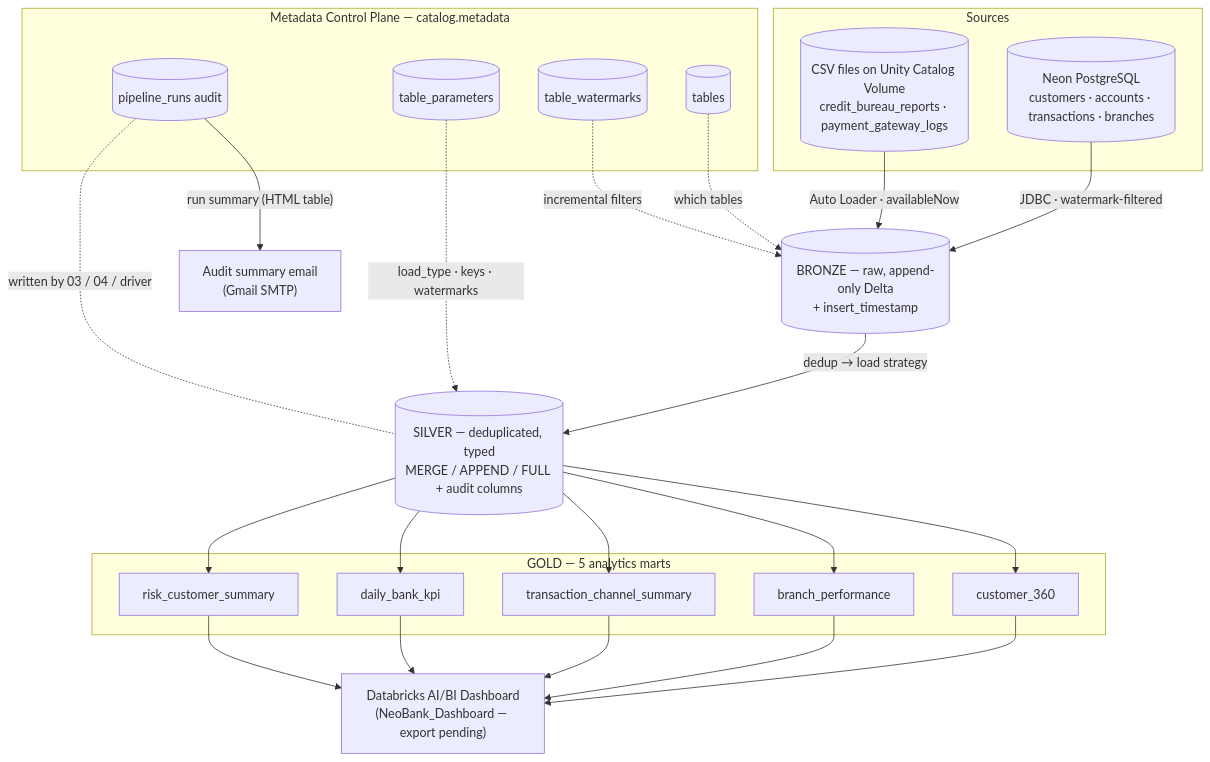
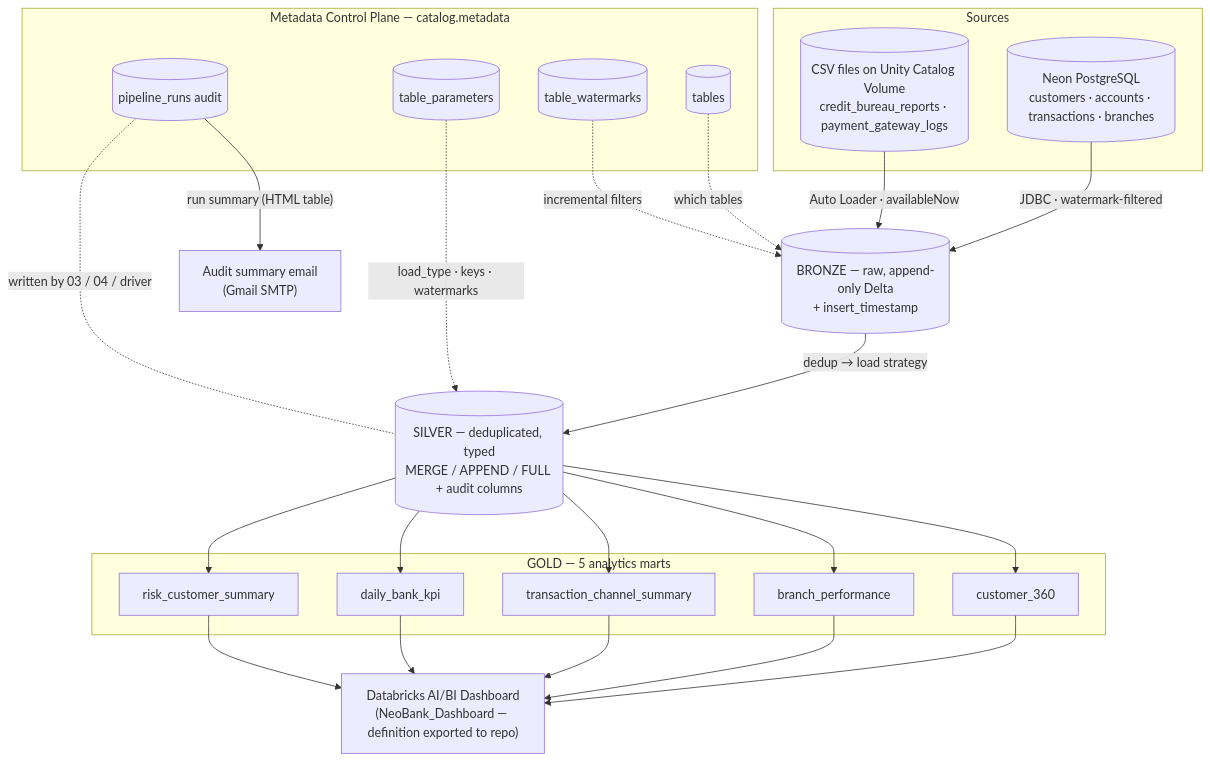
One commit to SahilSankeshwari/NeoBank-Data-Engineering-Project changed the first of 2 diagrams in README.md. Above: the diagram before and after it, drawn with Mermaid. The commit also changed other lines of this file and 4 other files, not shown here.

Commit message:
docs: add dashboard export and pipeline validation report

````diff
--- a/README.md
+++ b/README.md
@@ -113,40 +113,40 @@
 ```mermaid
 flowchart TB
     subgraph SRC["Sources"]
         PG[("Neon PostgreSQL<br/>customers · accounts · transactions · branches")]
         CSV[("CSV files on Unity Catalog Volume<br/>credit_bureau_reports · payment_gateway_logs")]
     end
 
     subgraph MD["Metadata Control Plane — catalog.metadata"]
         MT[(tables)]
         MP[(table_parameters)]
         MW[(table_watermarks)]
         PR[(pipeline_runs audit)]
     end
 
     BRZ[("BRONZE — raw, append-only Delta<br/>+ insert_timestamp")]
     SLV[("SILVER — deduplicated, typed<br/>MERGE / APPEND / FULL + audit columns")]
 
     subgraph GLD["GOLD — 5 analytics marts"]
         G1[customer_360]
         G2[branch_performance]
         G3[transaction_channel_summary]
         G4[daily_bank_kpi]
         G5[risk_customer_summary]
     end
 
-    DASH["Databricks AI/BI Dashboard<br/>(NeoBank_Dashboard — export pending)"]
+    DASH["Databricks AI/BI Dashboard<br/>(NeoBank_Dashboard — definition exported to repo)"]
     MAIL["Audit summary email<br/>(Gmail SMTP)"]
 
     PG -->|"JDBC · watermark-filtered"| BRZ
     CSV -->|"Auto Loader · availableNow"| BRZ
     BRZ -->|"dedup → load strategy"| SLV
     SLV --> G1 & G2 & G3 & G4 & G5
     G1 & G2 & G3 & G4 & G5 --> DASH
     PR -->|"run summary (HTML table)"| MAIL
 
     MT -.->|"which tables"| BRZ
     MP -.->|"load_type · keys · watermarks"| SLV
     MW -.->|"incremental filters"| BRZ
     PR -.-|"written by 03 / 04 / driver"| SLV
 ```
````
